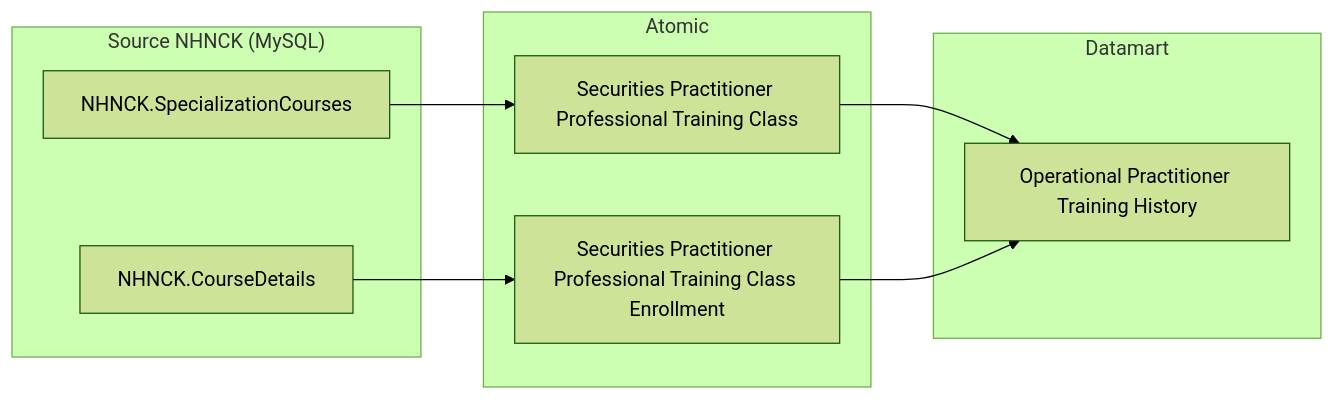
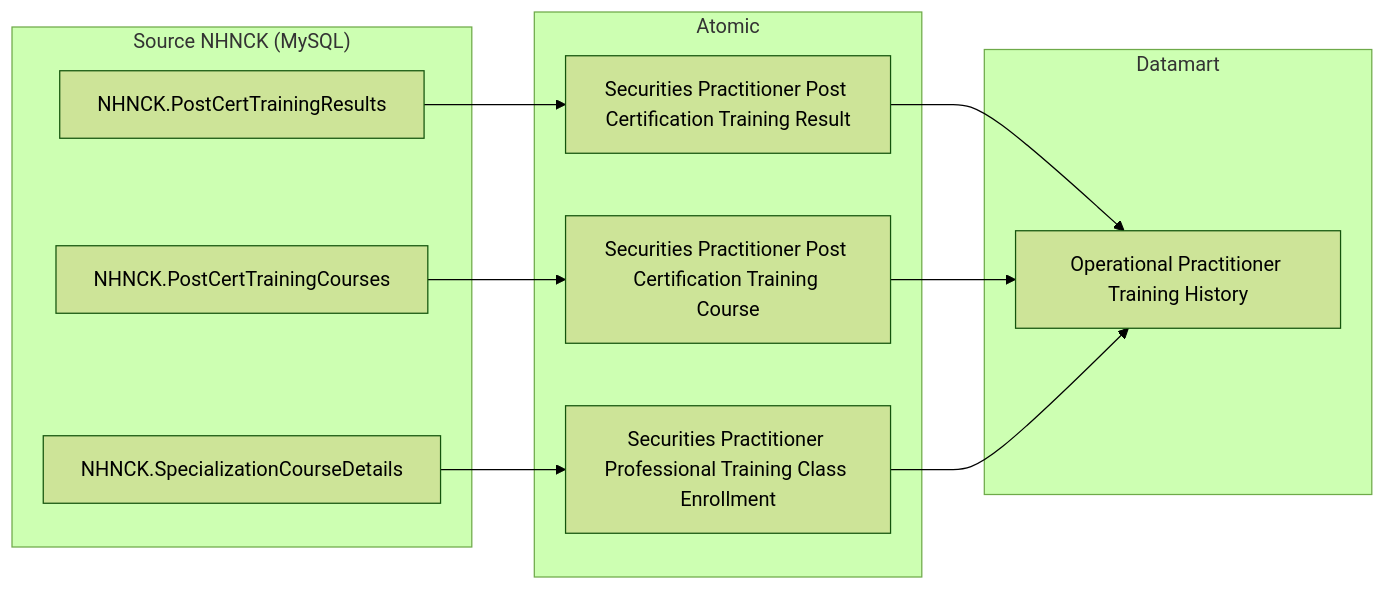
Before and after one commit to linhlvit/ubck_atomic_design: the tenth of 40 diagrams in Datamart/hld/DTM_NHNCK_HLD.md, drawn with Mermaid (forest theme). The commit also changed other lines of this file and 60 other files, not shown here.

````diff
--- a/Datamart/hld/DTM_NHNCK_HLD.md
+++ b/Datamart/hld/DTM_NHNCK_HLD.md
@@ -312,22 +314,26 @@
 ```mermaid
 flowchart LR
     subgraph SRC["Source NHNCK (MySQL)"]
-        S1["NHNCK.SpecializationCourses"]
-        S2["NHNCK.CourseDetails"]
+        S1["NHNCK.PostCertTrainingResults"]
+        S2["NHNCK.PostCertTrainingCourses"]
+        S3["NHNCK.SpecializationCourseDetails"]
     end
 
     subgraph SIL["Atomic"]
-        SV1["Securities Practitioner Professional Training Class"]
-        SV2["Securities Practitioner Professional Training Class Enrollment"]
+        SV1["Securities Practitioner Post Certification Training Result"]
+        SV2["Securities Practitioner Post Certification Training Course"]
+        SV3["Securities Practitioner Professional Training Class Enrollment"]
     end
 
     subgraph Datamart["Datamart"]
         G1["Operational Practitioner Training History"]
     end
 
     S1 --> SV1
     S2 --> SV2
+    S3 --> SV3
 
     SV1 --> G1
     SV2 --> G1
+    SV3 --> G1
 ```
````
